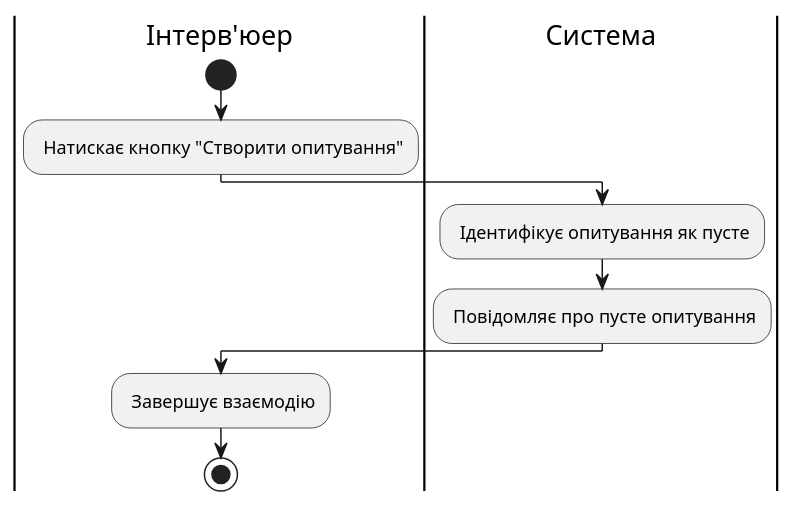
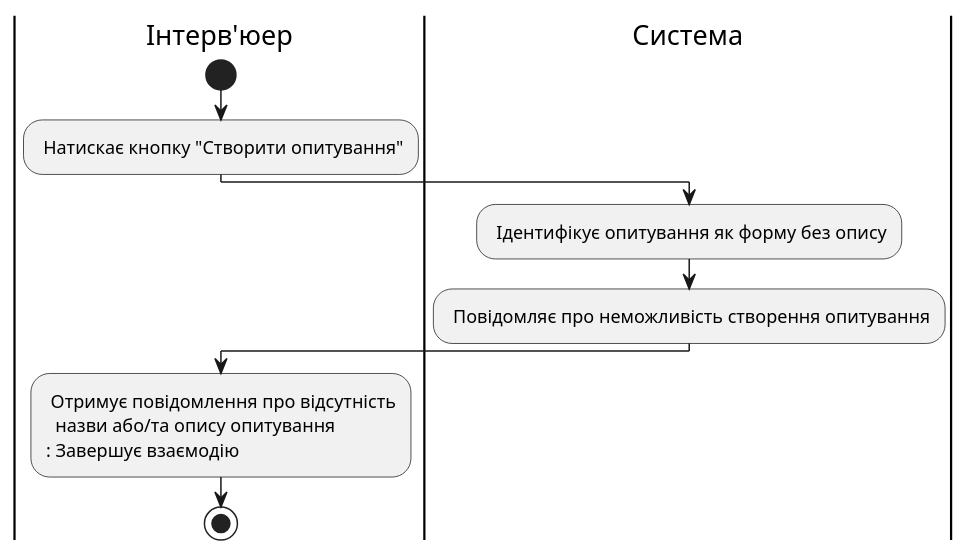
Before and after one commit to michigang1/ImForms: diagram 22 of 22 in docs/use cases/README.md, drawn with PlantUML. The commit also changed other lines of this file, not shown here.

Commit message:
Added some changes in diagrams of scenarios

```diff
--- a/docs/use cases/README.md
+++ b/docs/use cases/README.md
@@ -804,14 +978,16 @@
 @startuml
 
 |Інтерв'юер|
 start
 : Натискає кнопку "Створити опитування";
 
 |Система|
-: Ідентифікує опитування як пусте;
-: Повідомляє про пусте опитування;
+: Ідентифікує опитування як форму без опису;
+: Повідомляє про неможливість створення опитування;
 
 |Інтерв'юер|
+: Отримує повідомлення про відсутність
+  назви або/та опису опитування
 : Завершує взаємодію;
 stop;
 @enduml
```
